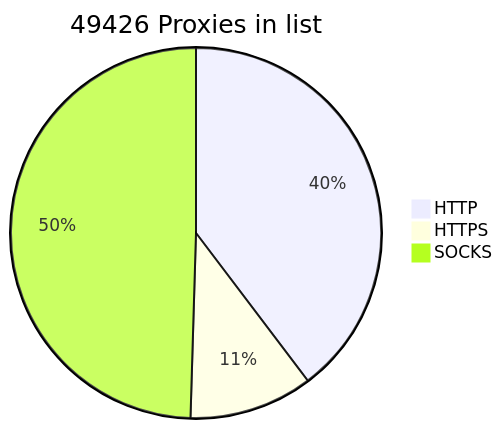
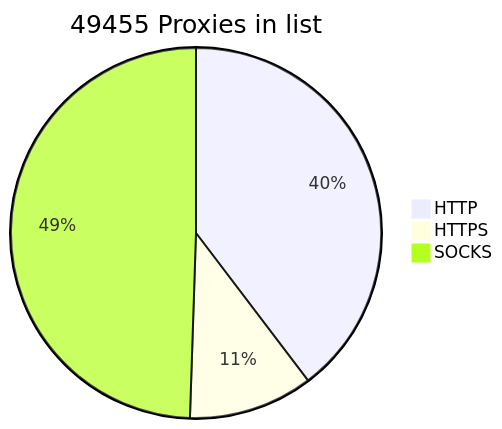
One commit to BlackSnowDot/proxylist-update-every-minute changed the diagram in README.md. Above: the diagram before and after it, drawn with Mermaid.

````diff
--- a/README.md
+++ b/README.md
@@ -2,6 +2,6 @@
 ```mermaid
-pie title 49426 Proxies in list
-    "HTTP" : 21687
-    "HTTPS": 5895
+pie title 49455 Proxies in list
+    "HTTP" : 21694
+    "HTTPS": 5941
     "SOCKS" : 27064
 ```
````
